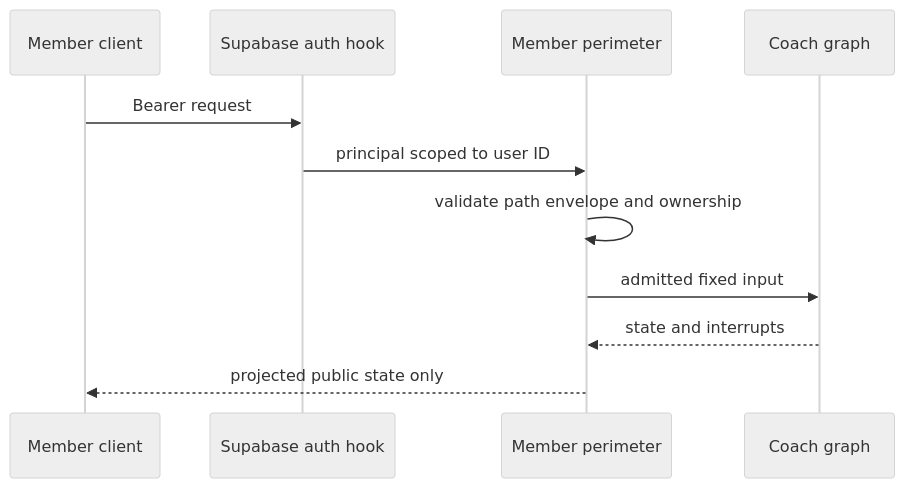
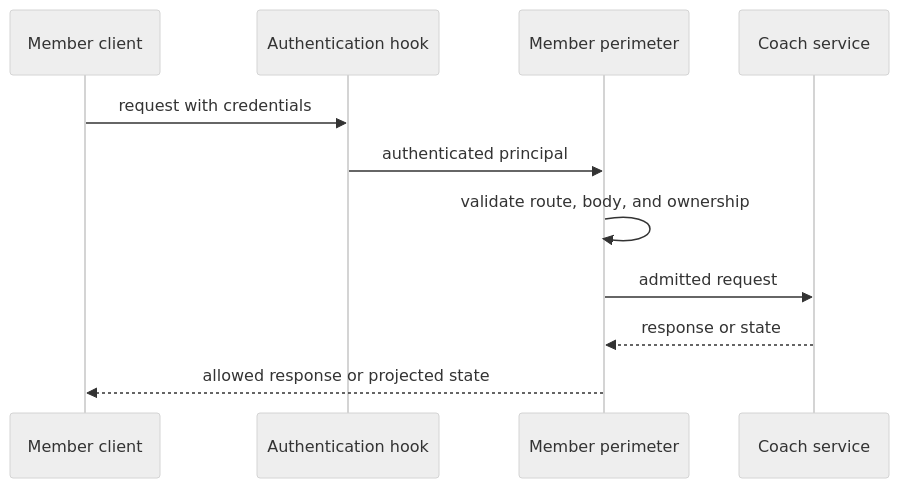
The diagram in openwiki/agent/member-perimeter.md (siddicky/healthcare-rag-langgraph), drawn with Mermaid (neutral theme) before and after one commit. The commit also changed other lines of this file and 16 other files, not shown here.

````diff
--- a/openwiki/agent/member-perimeter.md
+++ b/openwiki/agent/member-perimeter.md
@@ -24,13 +15,13 @@
 ```mermaid
 sequenceDiagram
-  participant Member as Member client
-  participant Auth as Supabase auth hook
-  participant Perimeter as Member perimeter
-  participant Coach as Coach graph
-  Member->>Auth: Bearer request
-  Auth->>Perimeter: principal scoped to user ID
-  Perimeter->>Perimeter: validate path envelope and ownership
-  Perimeter->>Coach: admitted fixed input
-  Coach-->>Perimeter: state and interrupts
-  Perimeter-->>Member: projected public state only
+  participant Client as Member client
+  participant Auth as Authentication hook
+  participant Boundary as Member perimeter
+  participant Service as Coach service
+  Client->>Auth: request with credentials
+  Auth->>Boundary: authenticated principal
+  Boundary->>Boundary: validate route, body, and ownership
+  Boundary->>Service: admitted request
+  Service-->>Boundary: response or state
+  Boundary-->>Client: allowed response or projected state
 ```
````
